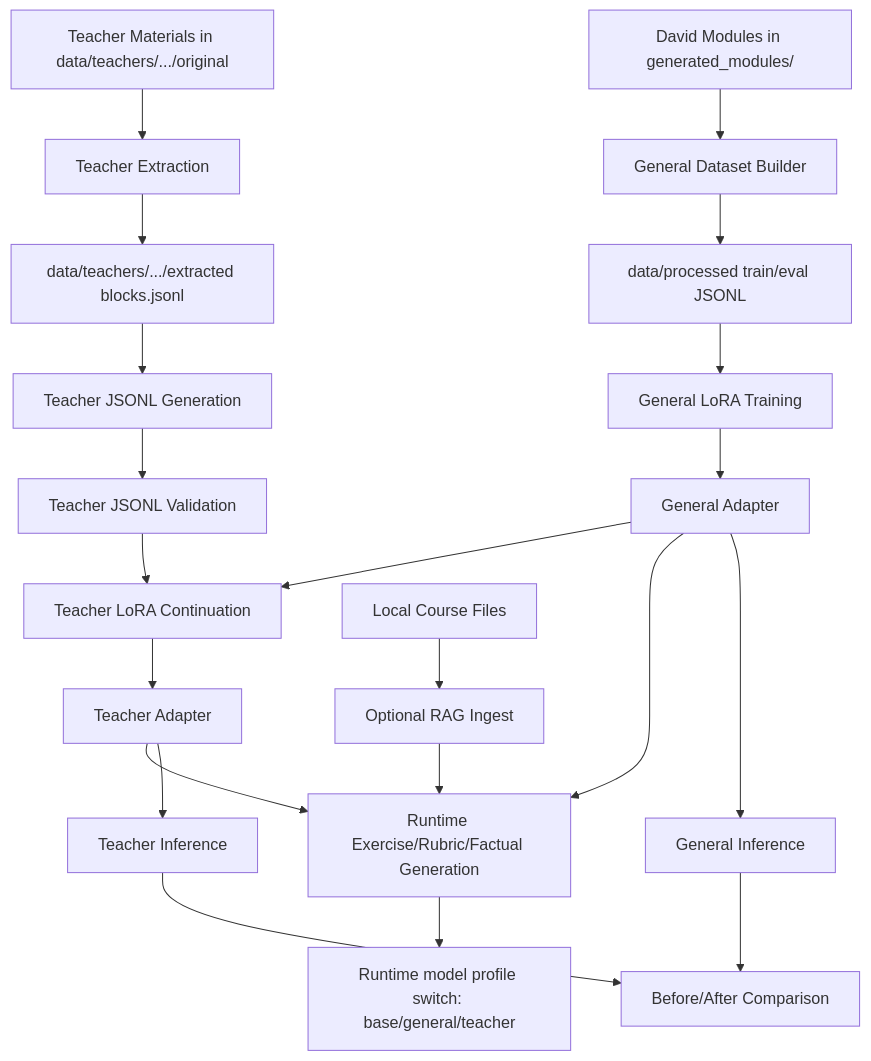
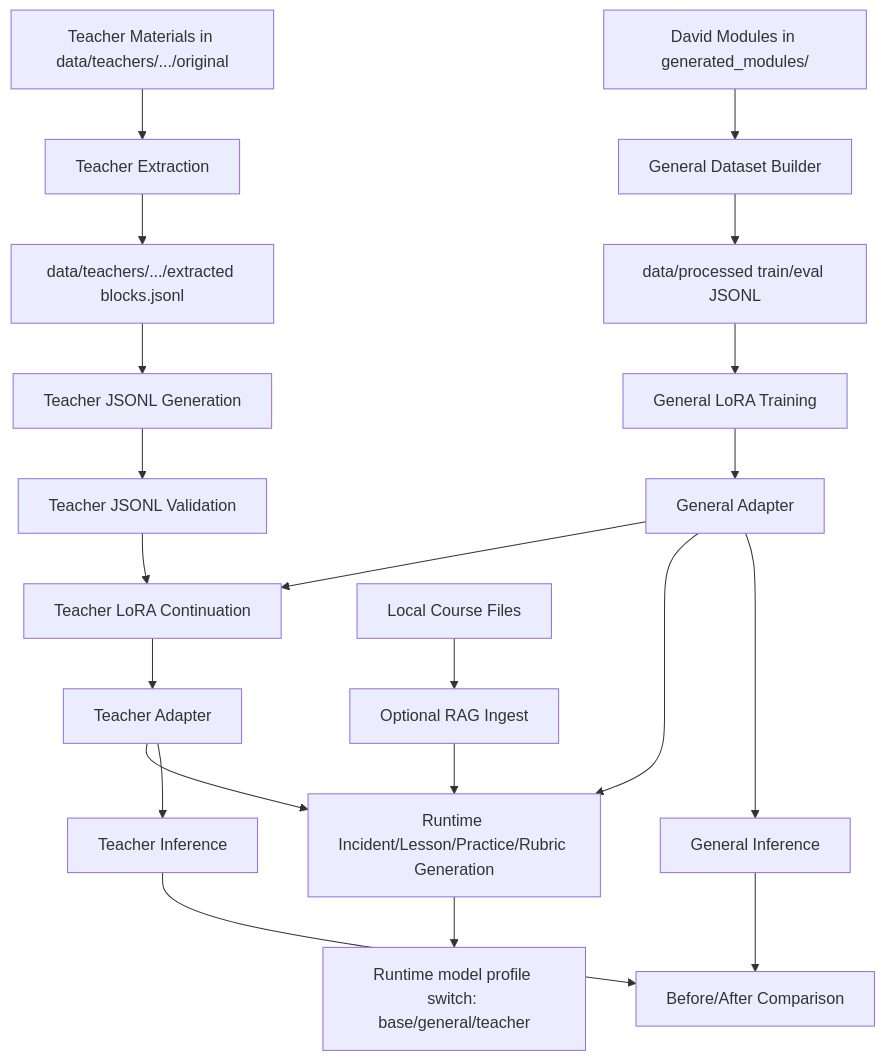
One commit to Lucy-E-Rong/edu-proj changed the diagram in README.md. Above: the diagram before and after it, drawn with Mermaid. The commit also changed other lines of this file and 28 other files, not shown here.

````diff
--- a/README.md
+++ b/README.md
@@ -137,25 +136,25 @@
 ```mermaid
 flowchart TD
   DM[David Modules in generated_modules/] --> GDB[General Dataset Builder]
   GDB --> GJSON[data/processed train/eval JSONL]
   GJSON --> GTRAIN[General LoRA Training]
   GTRAIN --> GADP[General Adapter]
 
   TM[Teacher Materials in data/teachers/.../original] --> TEX[Teacher Extraction]
   TEX --> TBLOCKS[data/teachers/.../extracted blocks.jsonl]
   TBLOCKS --> TJSON[Teacher JSONL Generation]
   TJSON --> TVAL[Teacher JSONL Validation]
   TVAL --> TTRAIN[Teacher LoRA Continuation]
   GADP --> TTRAIN
   TTRAIN --> TADP[Teacher Adapter]
 
   COURSE[Local Course Files] --> RAGX[Optional RAG Ingest]
-  GADP --> RUNTIME[Runtime Exercise/Rubric/Factual Generation]
+  GADP --> RUNTIME[Runtime Incident/Lesson/Practice/Rubric Generation]
   TADP --> RUNTIME
   RAGX --> RUNTIME
   RUNTIME --> PROFILES[Runtime model profile switch: base/general/teacher]
   GADP --> GINF[General Inference]
   TADP --> TINF[Teacher Inference]
   GINF --> COMP[Before/After Comparison]
   TINF --> COMP
 ```
````
